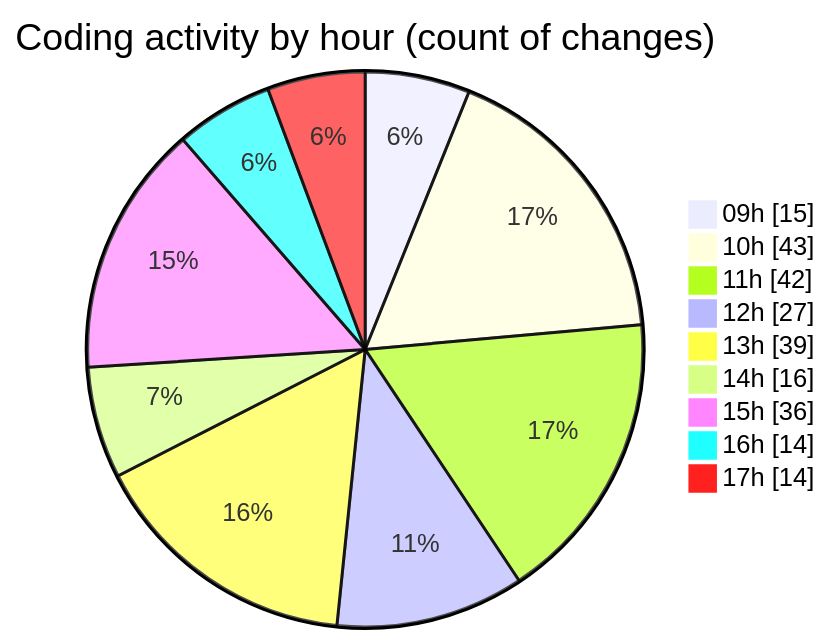
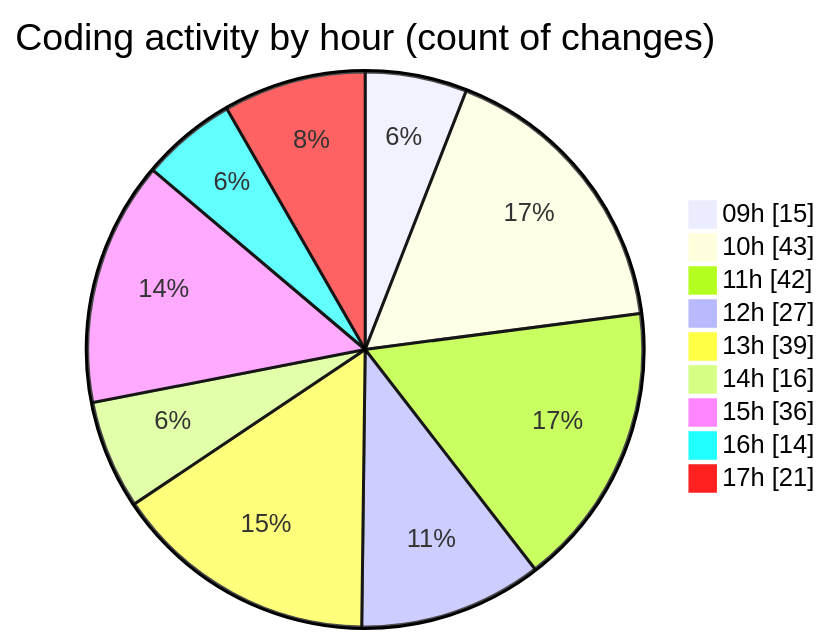
Before and after one commit to momahboobian/code-tracking: the second of 2 diagrams in 2025-09-30/cda/README.md, drawn with Mermaid. The commit also changed other lines of this file and 1 other file, not shown here.

````diff
--- a/2025-09-30/cda/README.md
+++ b/2025-09-30/cda/README.md
@@ -34,13 +34,13 @@
 ```mermaid
 pie showData
 title Coding activity by hour (count of changes)
 "09h" : 15
 "10h" : 43
 "11h" : 42
 "12h" : 27
 "13h" : 39
 "14h" : 16
 "15h" : 36
 "16h" : 14
-"17h" : 14
+"17h" : 21
 ```
````
